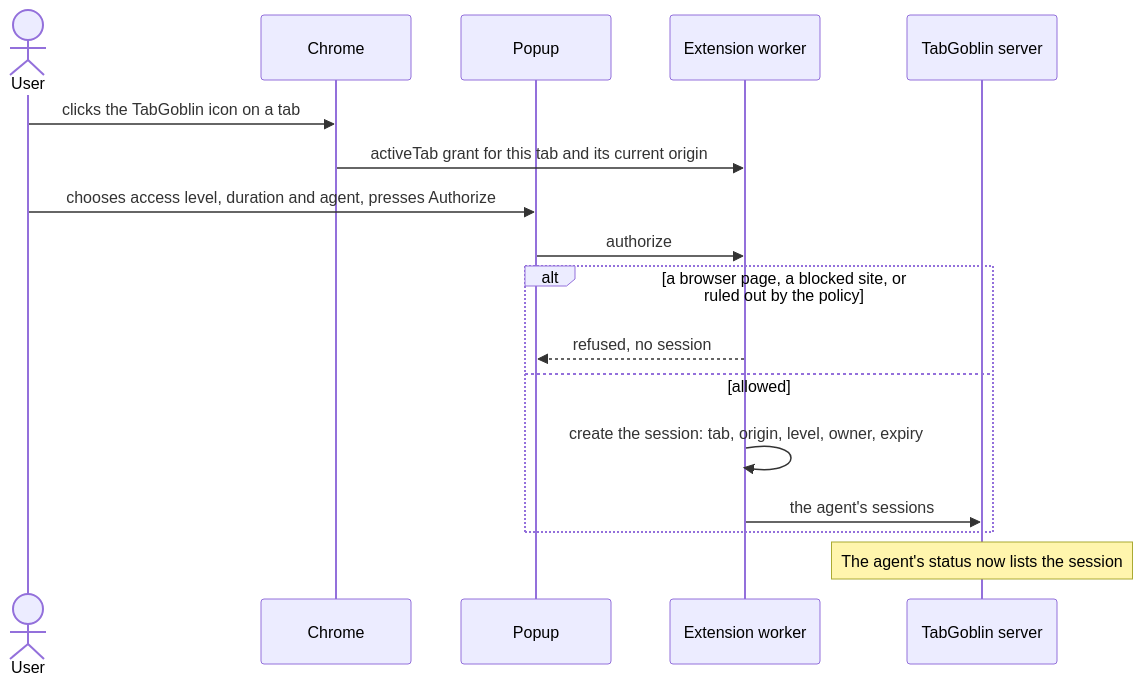
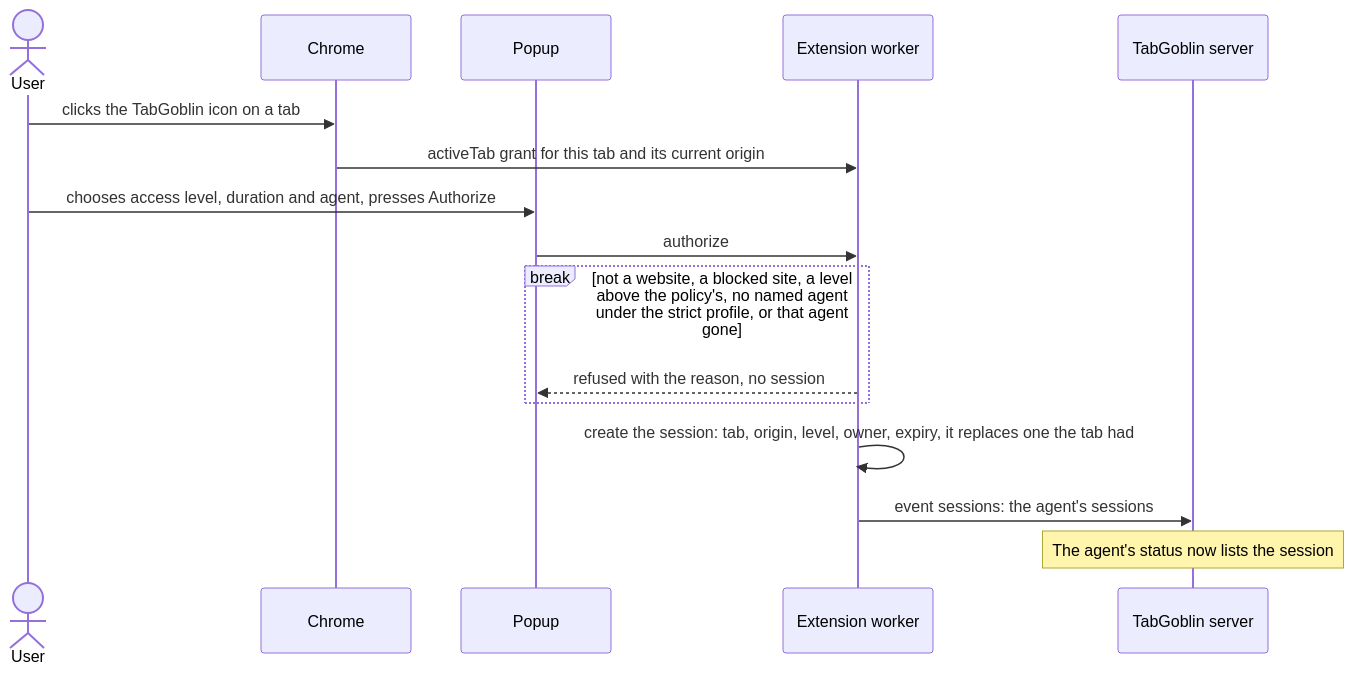
One commit to LaughingManCommits/TabGoblin changed the third of 8 diagrams in docs/architecture.md. Above: the diagram before and after it, drawn with Mermaid. The commit also changed other lines of this file and 13 other files, not shown here.

First line of the commit message:
The diagrams aligned with the code

````diff
--- a/docs/architecture.md
+++ b/docs/architecture.md
@@ -205,19 +232,18 @@
 ```mermaid
 sequenceDiagram
   actor U as User
   participant C as Chrome
   participant P as Popup
   participant B as Extension worker
   participant S as TabGoblin server
   U->>C: clicks the TabGoblin icon on a tab
   C->>B: activeTab grant for this tab and its current origin
   U->>P: chooses access level, duration and agent, presses Authorize
   P->>B: authorize
-  alt a browser page, a blocked site, or ruled out by the policy
-    B-->>P: refused, no session
-  else allowed
-    B->>B: create the session: tab, origin, level, owner, expiry
-    B->>S: the agent's sessions
+  break not a website, a blocked site, a level above the policy's, no named agent under the strict profile, or that agent gone
+    B-->>P: refused with the reason, no session
   end
+  B->>B: create the session: tab, origin, level, owner, expiry, it replaces one the tab had
+  B->>S: event sessions: the agent's sessions
   Note over S: The agent's status now lists the session
 ```
````
